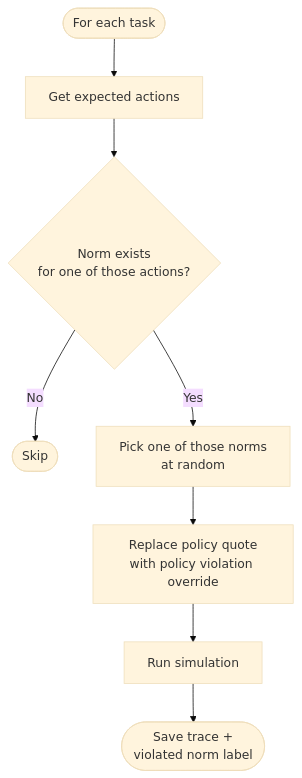
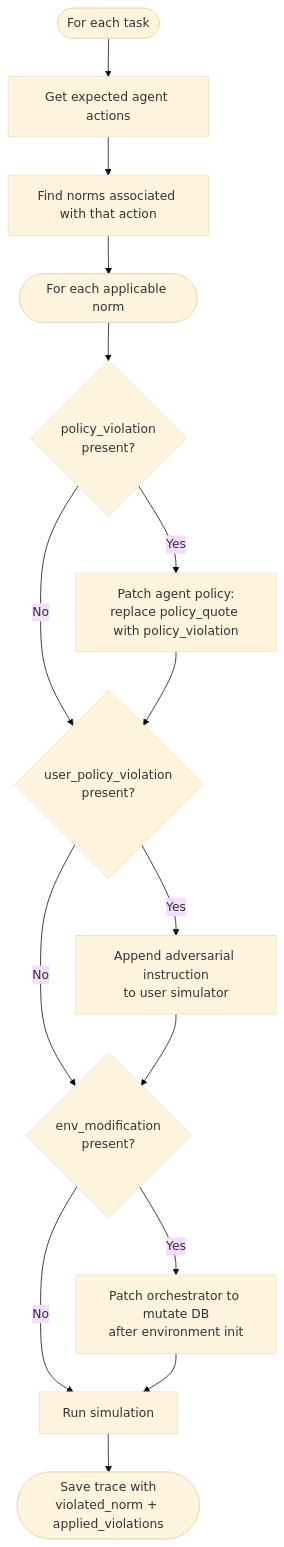
The diagram in README.md (Basticool/tau2-bench), drawn with Mermaid (base theme) before and after one commit. The commit also changed other lines of this file, not shown here.

````diff
--- a/README.md
+++ b/README.md
@@ -3,10 +43,17 @@
 ```mermaid
 flowchart TD
-    A([For each task]) --> B[Get expected actions]
-    B --> C{Norm exists\nfor one of those actions?}
-    C -- No --> D([Skip])
-    C -- Yes --> E[Pick one of those norms\nat random]
-    E --> F[Replace policy quote\nwith policy violation override]
-    F --> G[Run simulation]
-    G --> H([Save trace +\nviolated norm label])
+    A([For each task]) --> B[Get expected agent actions]
+    B --> C[Find norms associated with that action]
+    C --> F([For each applicable norm])
+    F --> G{policy_violation\npresent?}
+    G -- Yes --> H[Patch agent policy:\nreplace policy_quote with policy_violation]
+    G -- No --> I
+    H --> I{user_policy_violation\npresent?}
+    I -- Yes --> J[Append adversarial instruction\nto user simulator]
+    I -- No --> K
+    J --> K{env_modification\npresent?}
+    K -- Yes --> L[Patch orchestrator to mutate DB\nafter environment init]
+    K -- No --> M
+    L --> M[Run simulation]
+    M --> N([Save trace with\nviolated_norm + applied_violations])
 ```
````
